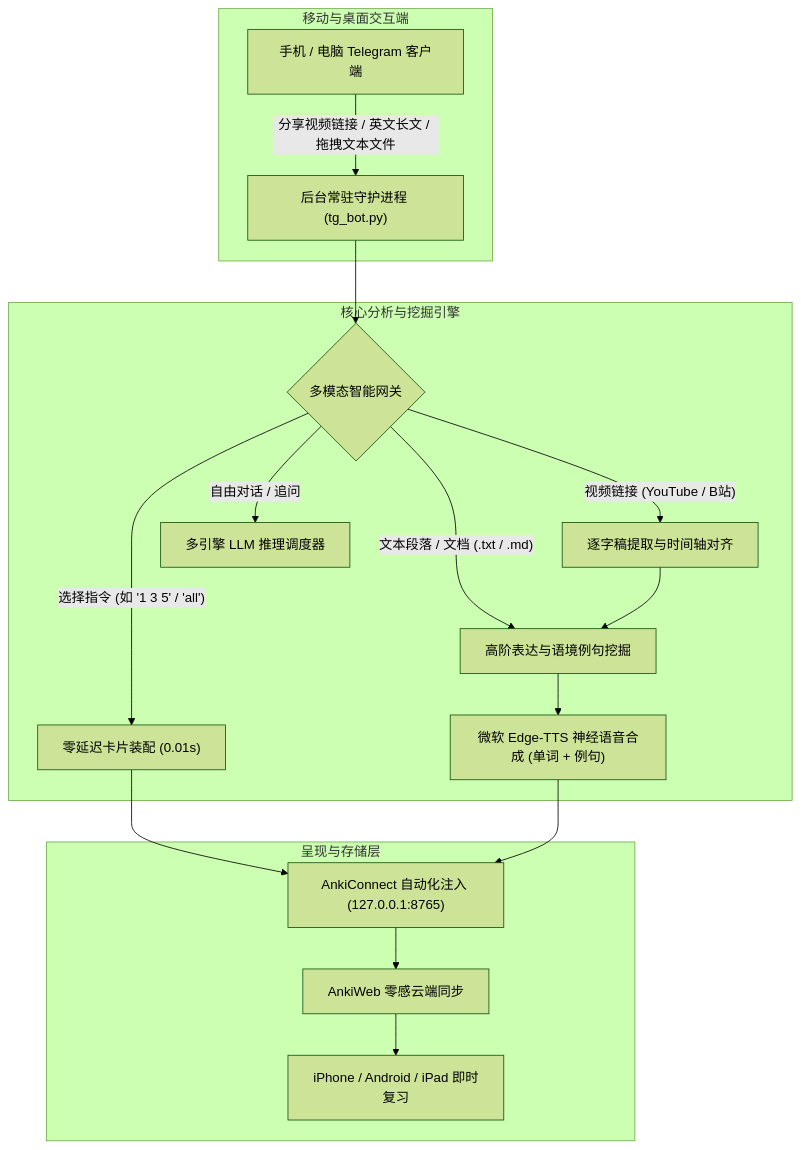
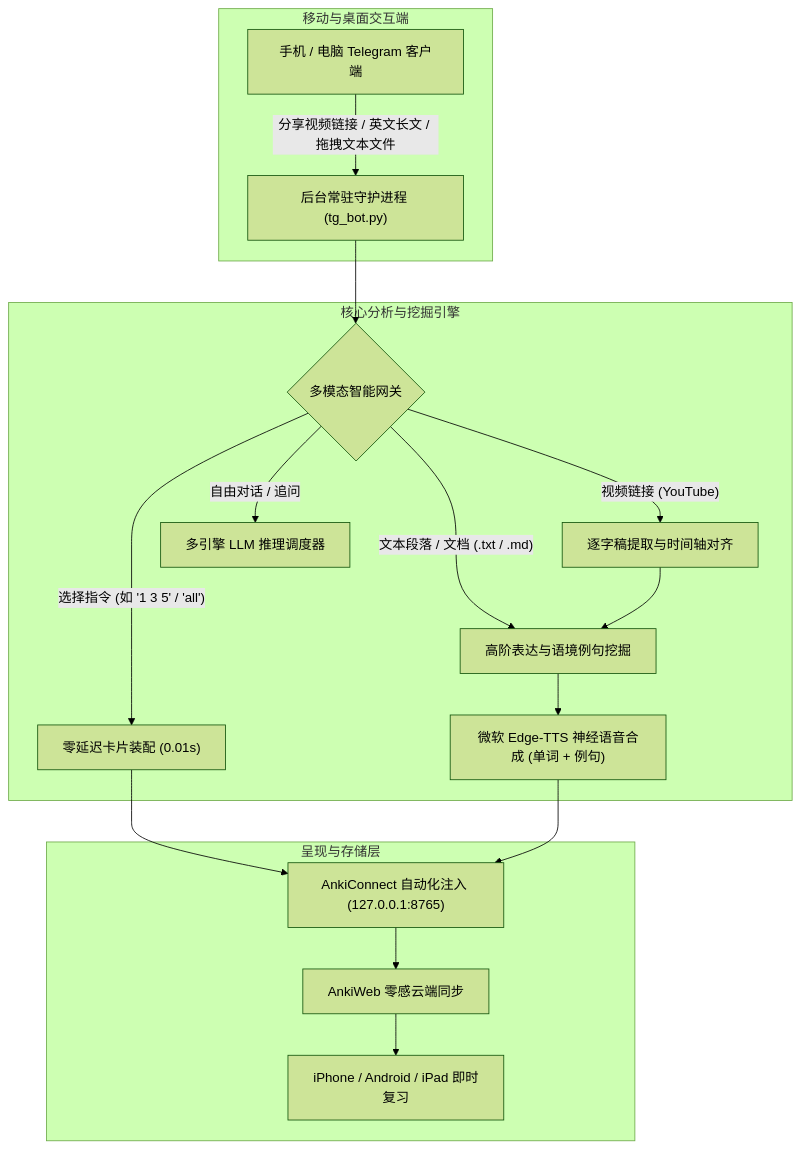
One commit to chase-yuan/anki-context-miner changed the diagram in README.md. Above: the diagram before and after it, drawn with Mermaid (forest theme). The commit also changed other lines of this file and 4 other files, not shown here.

````diff
--- a/README.md
+++ b/README.md
@@ -25,23 +25,23 @@
 ```mermaid
 flowchart TD
     subgraph "移动与桌面交互端"
         A["手机 / 电脑 Telegram 客户端"] -->|"分享视频链接 / 英文长文 / 拖拽文本文件"| B["后台常驻守护进程 (tg_bot.py)"]
     end
 
     subgraph "核心分析与挖掘引擎"
         B --> C{"多模态智能网关"}
-        C -->|"视频链接 (YouTube / B站)"| D["逐字稿提取与时间轴对齐"]
+        C -->|"视频链接 (YouTube)"| D["逐字稿提取与时间轴对齐"]
         C -->|"文本段落 / 文档 (.txt / .md)"| E["高阶表达与语境例句挖掘"]
         C -->|"选择指令 (如 '1 3 5' / 'all')"| F["零延迟卡片装配 (0.01s)"]
         C -->|"自由对话 / 追问"| G["多引擎 LLM 推理调度器"]
         D --> E
         E --> H["微软 Edge-TTS 神经语音合成 (单词 + 例句)"]
     end
 
     subgraph "呈现与存储层"
         F --> I["AnkiConnect 自动化注入 (127.0.0.1:8765)"]
         H --> I
         I --> J["AnkiWeb 零感云端同步"]
         J --> K["iPhone / Android / iPad 即时复习"]
     end
 ```
````
